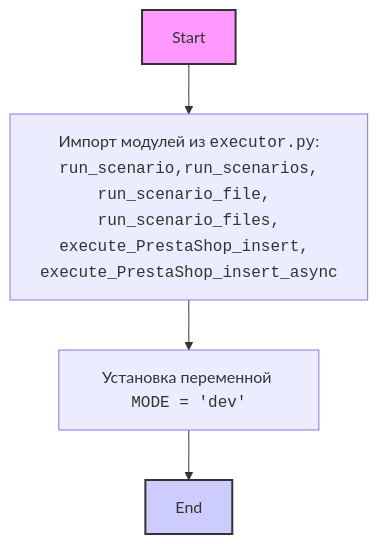
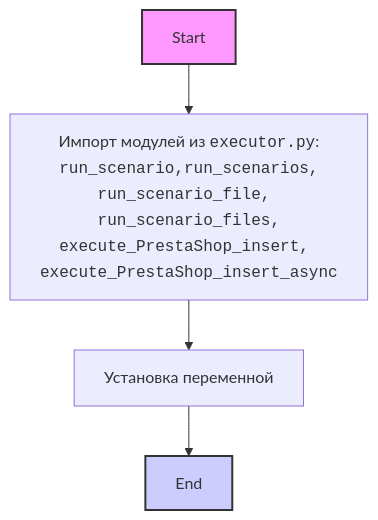
The second of 2 diagrams in docs/gemini/ru/explainer/src/scenario/__init__.py.md (hypo69/hypo), drawn with Mermaid before and after one commit. The commit also changed other lines of this file and 6031 other files, not shown here.

````diff
--- a/docs/gemini/ru/explainer/src/scenario/__init__.py.md
+++ b/docs/gemini/ru/explainer/src/scenario/__init__.py.md
@@ -52,11 +52,11 @@
 ```mermaid
 flowchart TD
     Start[Start] --> ImportExecutor[Импорт модулей из <code>executor.py</code>:<br><code>run_scenario,run_scenarios,<br>run_scenario_file, run_scenario_files,<br>execute_PrestaShop_insert, execute_PrestaShop_insert_async</code>];
    
-    ImportExecutor --> SetMode[Установка переменной <code>MODE = 'dev'</code>];
+    ImportExecutor --> SetMode[Установка переменной <code></code>];
 
     SetMode --> End[End];
     
     style Start fill:#f9f,stroke:#333,stroke-width:2px
     style End fill:#ccf,stroke:#333,stroke-width:2px
 ```
````
